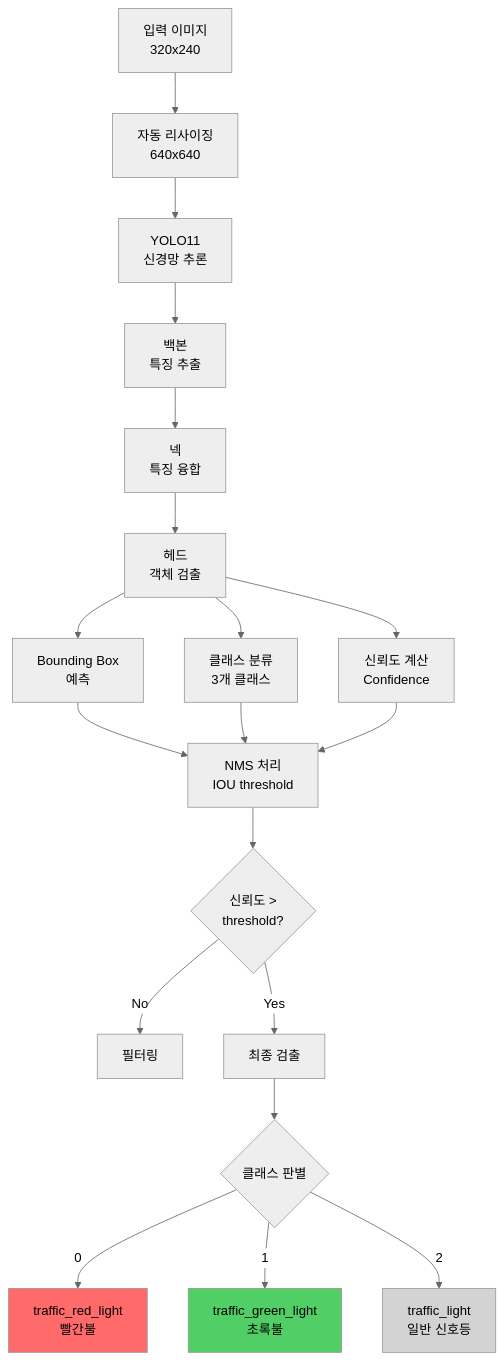
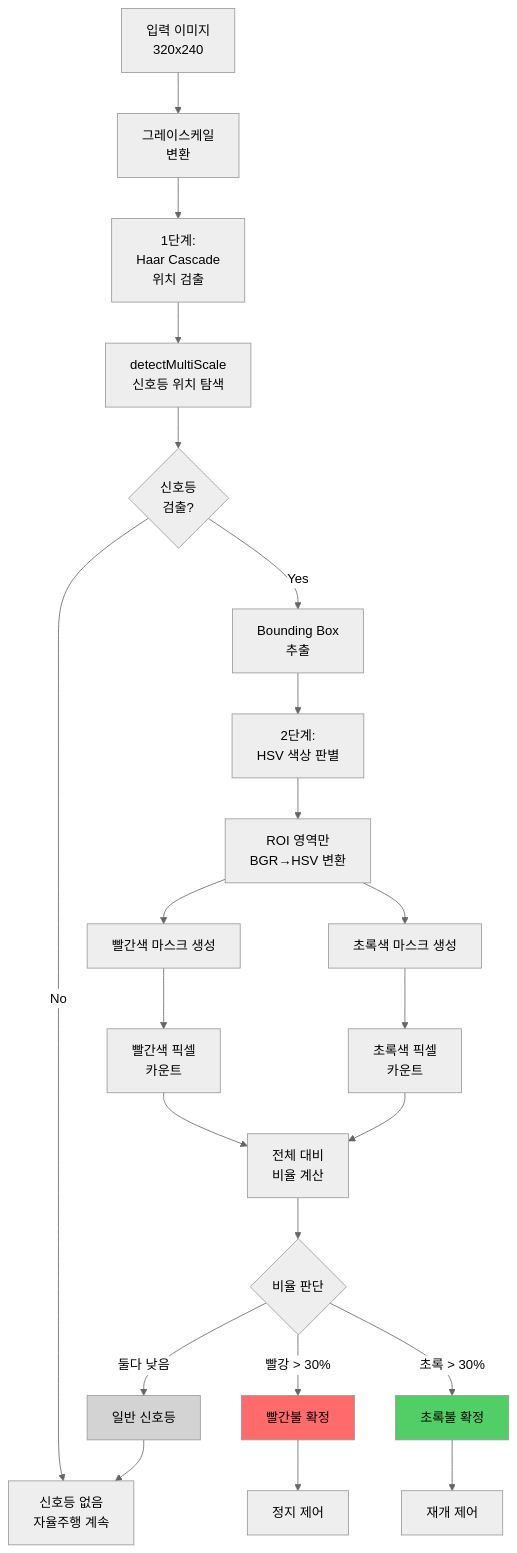
One commit to Collegenie-X/Raspbot-v2-self-driving-car changed the ninth of 16 diagrams in 06_final_self_driving/_2단계_알고리즘_및_구현_가이드.md. Above: the diagram before and after it, drawn with Mermaid (neutral theme). The commit also changed other lines of this file and 5 other files, not shown here.

````diff
--- a/06_final_self_driving/_2단계_알고리즘_및_구현_가이드.md
+++ b/06_final_self_driving/_2단계_알고리즘_및_구현_가이드.md
@@ -589,31 +590,37 @@
 ```mermaid
 flowchart TB
-    A[입력 이미지<br/>320x240] --> B[자동 리사이징<br/>640x640]
+    A[입력 이미지<br/>320x240] --> B[그레이스케일<br/>변환]
     
-    B --> C[YOLO11<br/>신경망 추론]
-    C --> D[백본<br/>특징 추출]
-    D --> E[넥<br/>특징 융합]
-    E --> F[헤드<br/>객체 검출]
+    B --> C[1단계:<br/>Haar Cascade<br/>위치 검출]
+    C --> D[detectMultiScale<br/>신호등 위치 탐색]
     
-    F --> G[Bounding Box<br/>예측]
-    F --> H[클래스 분류<br/>3개 클래스]
-    F --> I[신뢰도 계산<br/>Confidence]
+    D --> E{신호등<br/>검출?}
+    E -->|No| F[신호등 없음<br/>자율주행 계속]
+    E -->|Yes| G[Bounding Box<br/>추출]
     
-    G --> J[NMS 처리<br/>IOU threshold]
-    H --> J
-    I --> J
+    G --> H[2단계:<br/>HSV 색상 판별]
+    H --> I[ROI 영역만<br/>BGR→HSV 변환]
     
-    J --> K{신뢰도 ><br/>threshold?}
+    I --> J[빨간색 마스크 생성]
+    I --> K[초록색 마스크 생성]
     
-    K -->|No| L[필터링]
-    K -->|Yes| M[최종 검출]
+    J --> L[빨간색 픽셀<br/>카운트]
+    K --> M[초록색 픽셀<br/>카운트]
     
-    M --> N{클래스 판별}
-    N -->|0| O[traffic_red_light<br/>빨간불]
-    N -->|1| P[traffic_green_light<br/>초록불]
-    N -->|2| Q[traffic_light<br/>일반 신호등]
+    L --> N[전체 대비<br/>비율 계산]
+    M --> N
     
-    style O fill:#ff6b6b
-    style P fill:#51cf66
-    style Q fill:#d3d3d3
+    N --> O{비율 판단}
+    
+    O -->|빨강 > 30%| P[빨간불 확정]
+    O -->|초록 > 30%| Q[초록불 확정]
+    O -->|둘다 낮음| R[일반 신호등]
+    
+    P --> S[정지 제어]
+    Q --> T[재개 제어]
+    R --> F
+    
+    style P fill:#ff6b6b
+    style Q fill:#51cf66
+    style R fill:#d3d3d3
 ```
````
